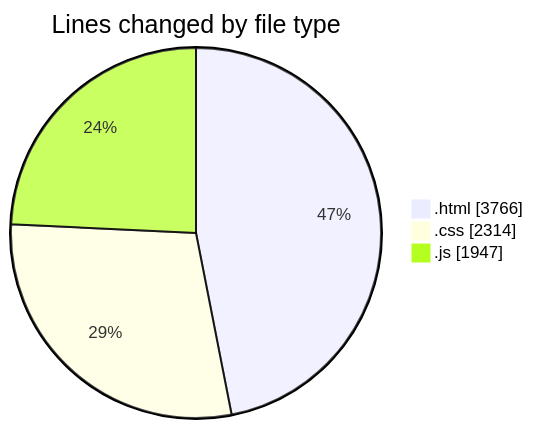
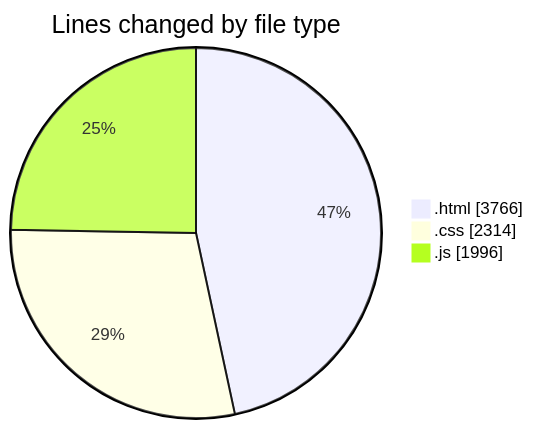
The first of 2 diagrams in 2025-05-24/projects/README.md (Ritupan-Deka/code-tracking), drawn with Mermaid before and after one commit. The commit also changed other lines of this file and 1 other file, not shown here.

````diff
--- a/2025-05-24/projects/README.md
+++ b/2025-05-24/projects/README.md
@@ -25,7 +25,7 @@
 ```mermaid
 pie showData
 title Lines changed by file type
 ".html" : 3766
 ".css" : 2314
-".js" : 1947
+".js" : 1996
 ```
````
